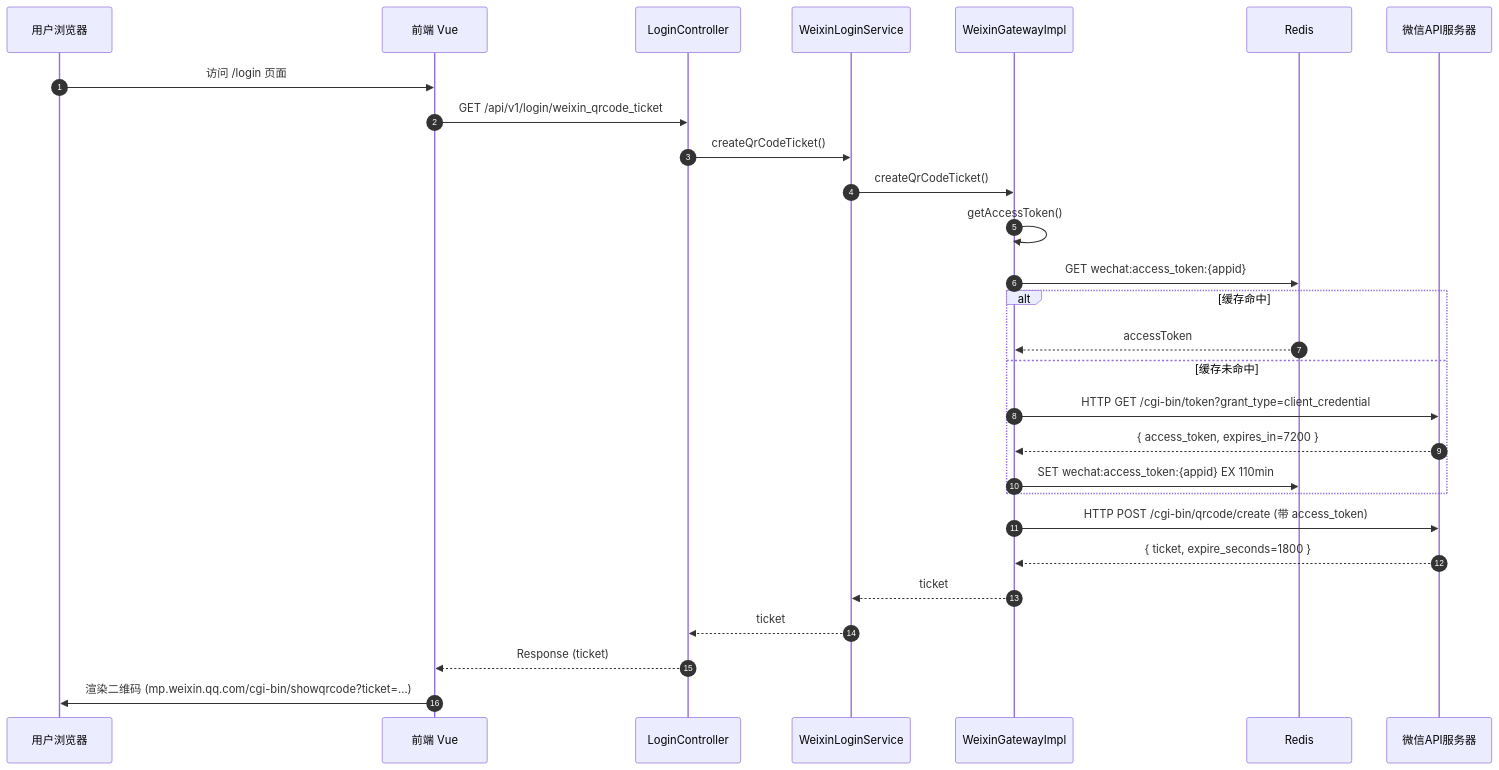
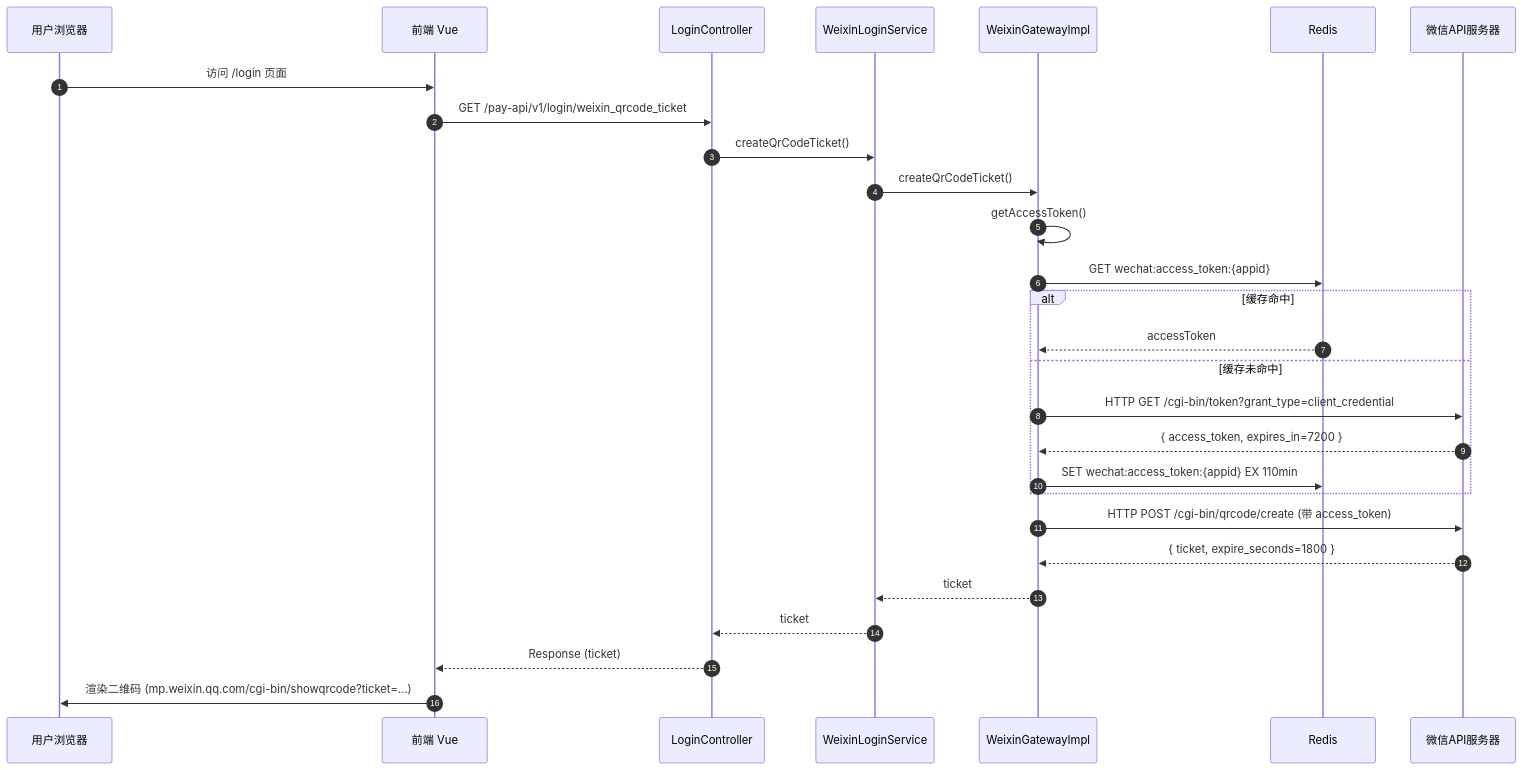
One commit to sxlva/s-pay-mall changed the first of 3 diagrams in docs/design/module-auth.md. Above: the diagram before and after it, drawn with Mermaid. The commit also changed other lines of this file and 3 other files, not shown here.

````diff
--- a/docs/design/module-auth.md
+++ b/docs/design/module-auth.md
@@ -21,31 +21,31 @@
 ```mermaid
 sequenceDiagram
     autonumber
     participant U as 用户浏览器
     participant F as 前端 Vue
     participant C as LoginController
     participant S as WeixinLoginService
     participant W as WeixinGatewayImpl
     participant Redis as Redis
     participant WX as 微信API服务器
 
     U->>F: 访问 /login 页面
-    F->>C: GET /api/v1/login/weixin_qrcode_ticket
+    F->>C: GET /pay-api/v1/login/weixin_qrcode_ticket
     C->>S: createQrCodeTicket()
     S->>W: createQrCodeTicket()
     W->>W: getAccessToken()
     W->>Redis: GET wechat:access_token:{appid}
     alt 缓存命中
         Redis-->>W: accessToken
     else 缓存未命中
         W->>WX: HTTP GET /cgi-bin/token?grant_type=client_credential
         WX-->>W: { access_token, expires_in=7200 }
         W->>Redis: SET wechat:access_token:{appid} EX 110min
     end
     W->>WX: HTTP POST /cgi-bin/qrcode/create (带 access_token)
     WX-->>W: { ticket, expire_seconds=1800 }
     W-->>S: ticket
     S-->>C: ticket
     C-->>F: Response (ticket)
     F->>U: 渲染二维码 (mp.weixin.qq.com/cgi-bin/showqrcode?ticket=…)
 ```
````
